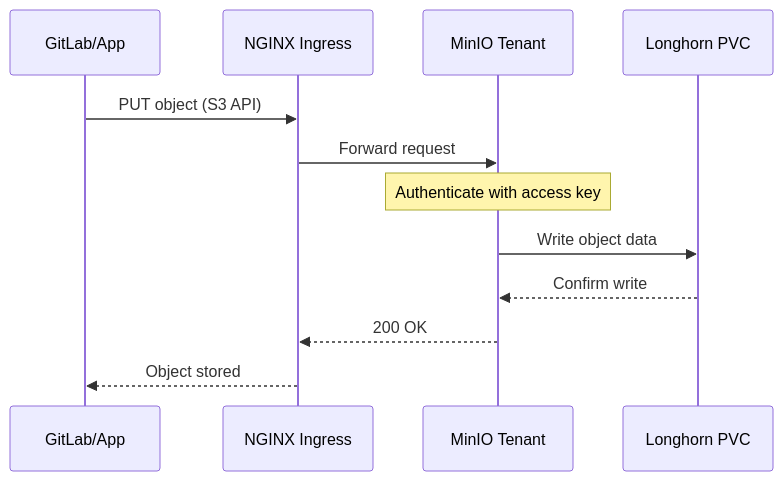
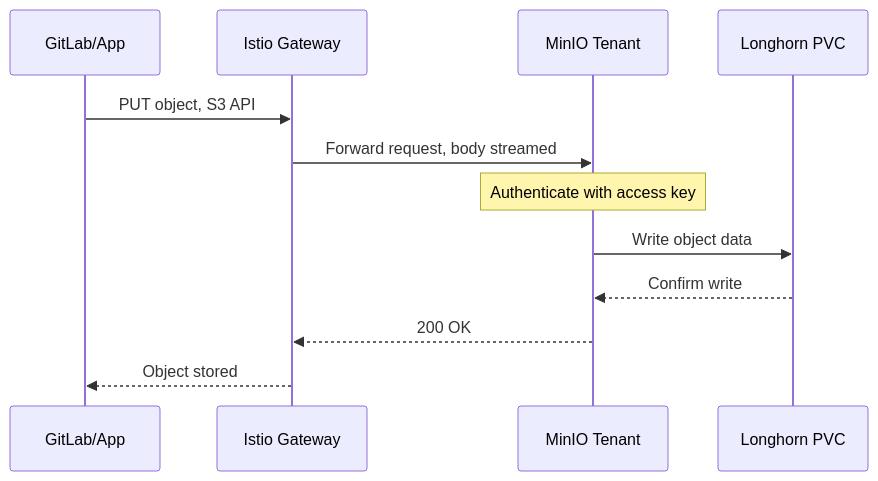
Before and after one commit to chrisleekr/homelab-infrastructure: the second of 2 diagrams in docs/stage2/minio-object-storage.md, drawn with Mermaid. The commit also changed other lines of this file and 143 other files, not shown here.

Commit message:
feat(stage2): migrate nginx-ingress to Istio Gateway API (#119)

````diff
--- a/docs/stage2/minio-object-storage.md
+++ b/docs/stage2/minio-object-storage.md
@@ -61,15 +62,15 @@
 ```mermaid
 sequenceDiagram
     participant Client as GitLab/App
-    participant Ingress as NGINX Ingress
+    participant Gateway as Istio Gateway
     participant MinIO as MinIO Tenant
     participant Storage as Longhorn PVC
 
-    Client->>Ingress: PUT object (S3 API)
-    Ingress->>MinIO: Forward request
+    Client->>Gateway: PUT object, S3 API
+    Gateway->>MinIO: Forward request, body streamed
     Note over MinIO: Authenticate with access key
     MinIO->>Storage: Write object data
     Storage-->>MinIO: Confirm write
-    MinIO-->>Ingress: 200 OK
-    Ingress-->>Client: Object stored
+    MinIO-->>Gateway: 200 OK
+    Gateway-->>Client: Object stored
 ```
````
